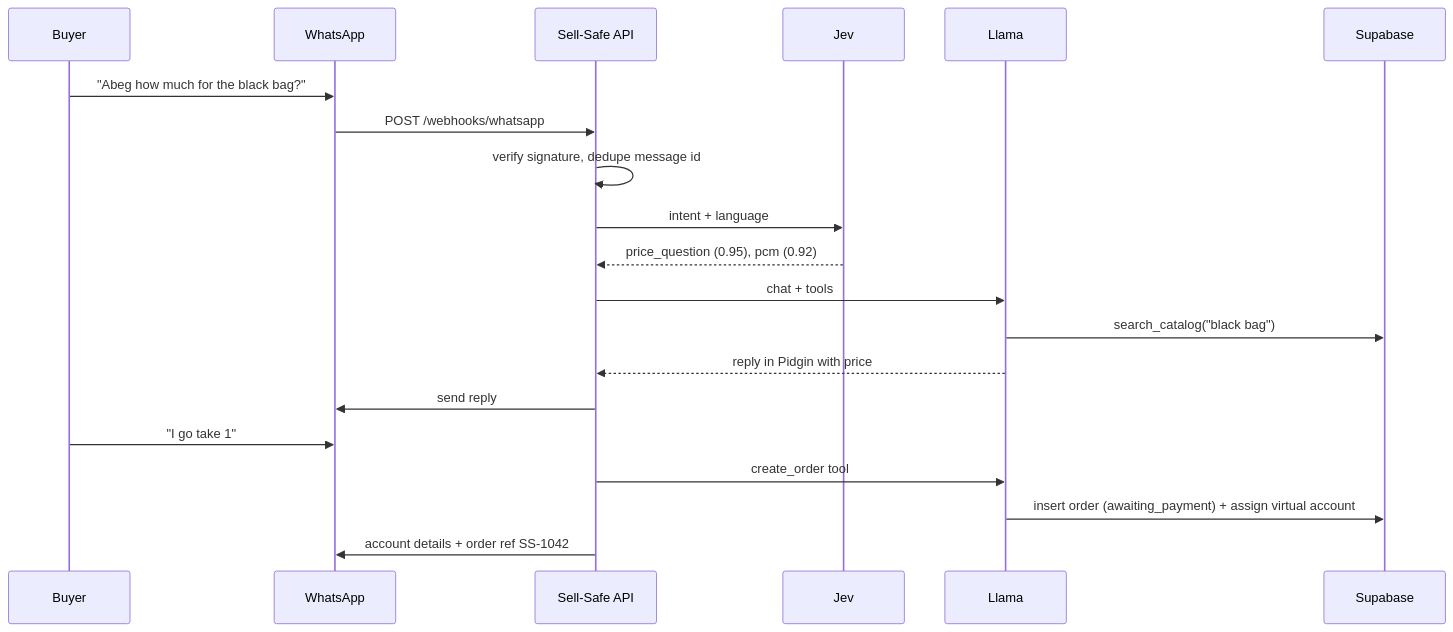
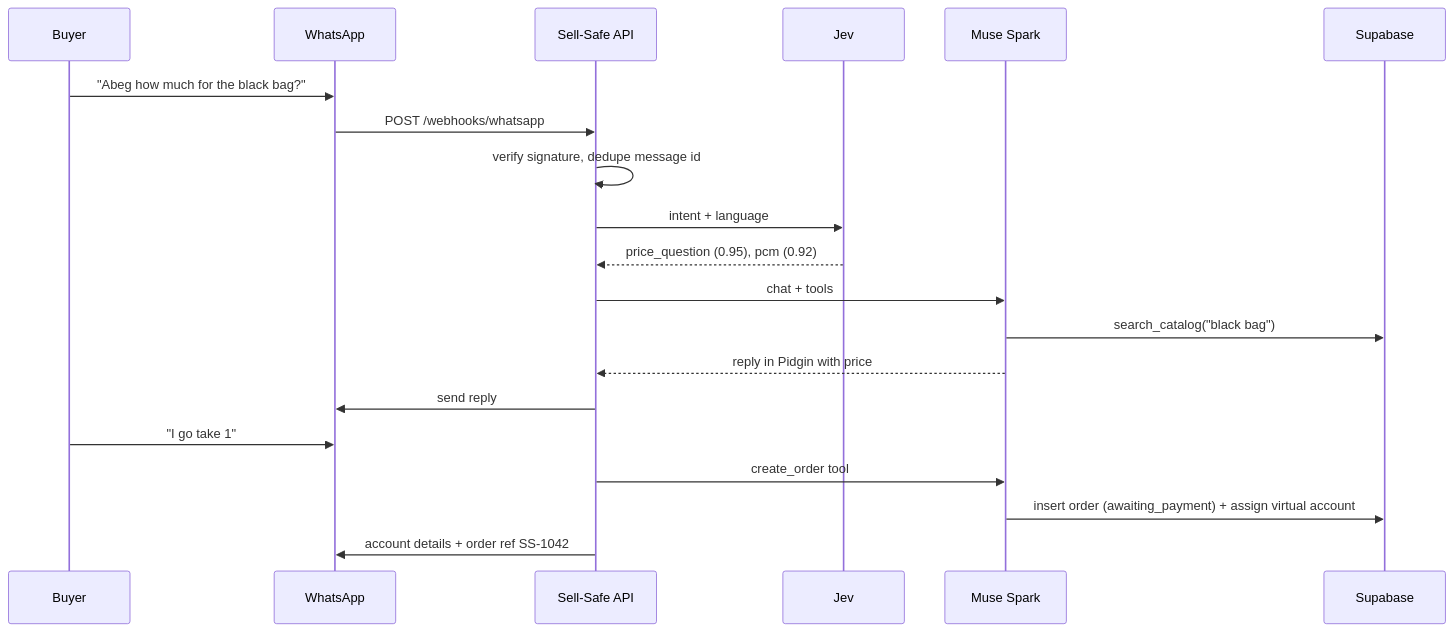
Before and after one commit to drizzy765/sell-safe: the second of 3 diagrams in docs/architecture.md, drawn with Mermaid. The commit also changed other lines of this file and 47 other files, not shown here.

````diff
--- a/docs/architecture.md
+++ b/docs/architecture.md
@@ -64,22 +73,22 @@
 ```mermaid
 sequenceDiagram
   participant B as Buyer
   participant WA as WhatsApp
   participant API as Sell-Safe API
   participant J as Jev
-  participant L as Llama
+  participant L as Muse Spark
   participant DB as Supabase
   B->>WA: "Abeg how much for the black bag?"
   WA->>API: POST /webhooks/whatsapp
   API->>API: verify signature, dedupe message id
   API->>J: intent + language
   J-->>API: price_question (0.95), pcm (0.92)
   API->>L: chat + tools
   L->>DB: search_catalog("black bag")
   L-->>API: reply in Pidgin with price
   API->>WA: send reply
   B->>WA: "I go take 1"
   API->>L: create_order tool
   L->>DB: insert order (awaiting_payment) + assign virtual account
   API->>WA: account details + order ref SS-1042
 ```
````
